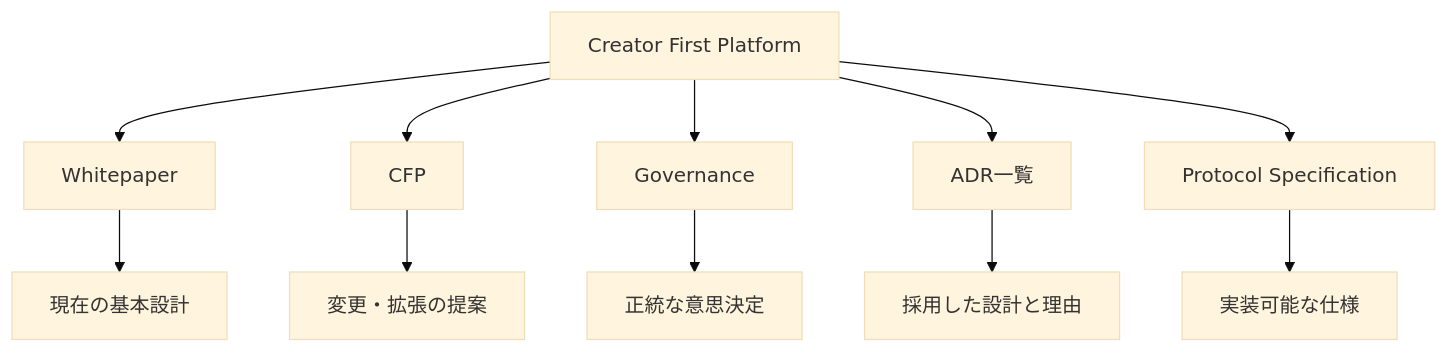
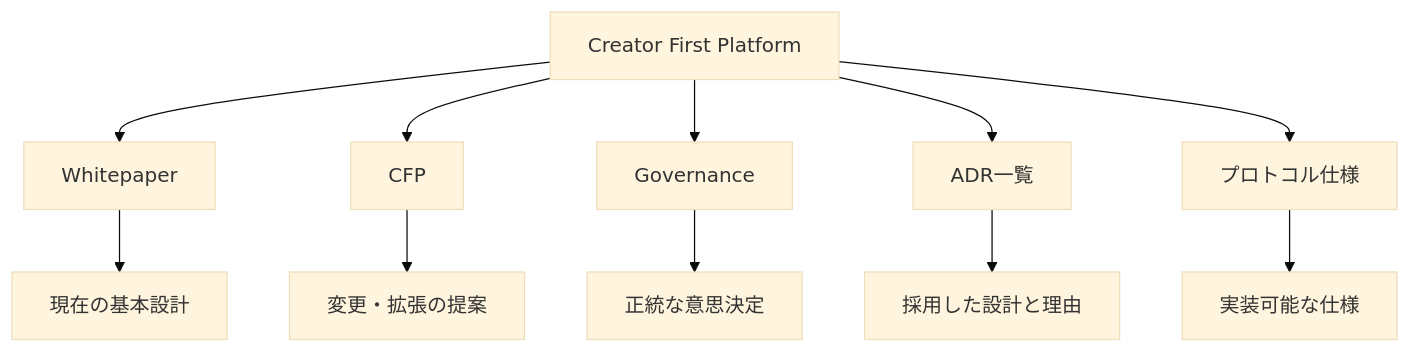
The fourth of 5 diagrams in docs/index.md (ShigeichiroYamasaki/creator-first-platform), drawn with Mermaid (base theme) before and after one commit. The commit also changed other lines of this file and 67 other files, not shown here.

````diff
--- a/docs/index.md
+++ b/docs/index.md
@@ -211,16 +211,16 @@
 ```mermaid
 flowchart TD
     TOP[Creator First Platform]
 
     TOP --> WP[Whitepaper]
     TOP --> CFP[CFP]
     TOP --> GOV[Governance]
     TOP --> ADR[ADR一覧]
-    TOP --> PROTOCOL[Protocol Specification]
+    TOP --> PROTOCOL[プロトコル仕様]
 
     WP --> CURRENT[現在の基本設計]
     CFP --> CHANGE[変更・拡張の提案]
     GOV --> DECISION[正統な意思決定]
     ADR --> DESIGN[採用した設計と理由]
     PROTOCOL --> IMPLEMENT[実装可能な仕様]
 ```
````
